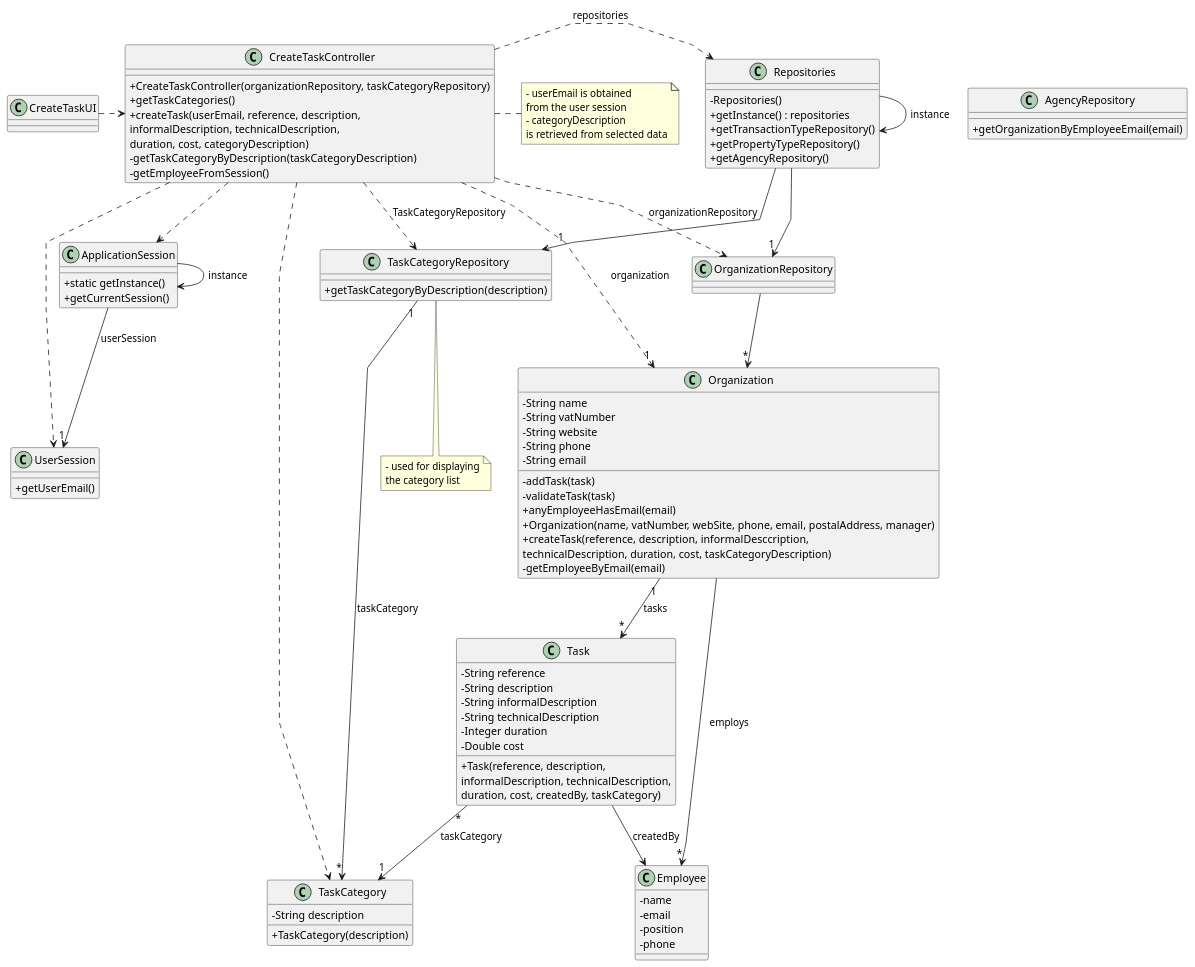
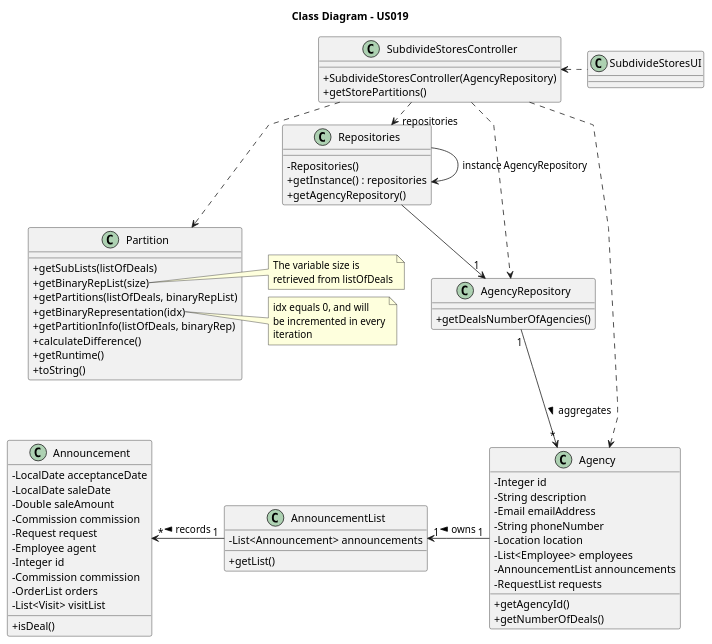
The diagram in docs/sprintD/us019/03.design/puml/us019-class-diagram.puml (rita-barbosa/LAPR2-2223), drawn with PlantUML before and after one commit. The commit also changed 1 other file, not shown here.

Commit message:
Class Diagram Update [US019] [Design]

```diff
--- a/docs/sprintD/us019/03.design/puml/us019-class-diagram.puml
+++ b/docs/sprintD/us019/03.design/puml/us019-class-diagram.puml
@@ -1,131 +1,122 @@
 @startuml
 'skinparam monochrome true
 skinparam packageStyle rectangle
 skinparam shadowing false
 skinparam linetype polyline
 'skinparam linetype orto
 
 skinparam classAttributeIconSize 0
 
 'left to right direction
 
-class ApplicationSession
-{
-    + static getInstance()
-    + getCurrentSession()
+title Class Diagram - US019
+
+class Agency {
+    - Integer id
+    - String description
+    - Email emailAddress
+    - String phoneNumber
+    - Location location
+    - List<Employee> employees
+    - AnnouncementList announcements
+    - RequestList requests
+    + getAgencyId()
+    + getNumberOfDeals()
 }
 
-class UserSession
-{
-    + getUserEmail()
+class AnnouncementList{
+    - List<Announcement> announcements
+    + getList()
 }
 
-class Employee {
-    - name
-    - email
-    - position
-    - phone
+
+class Announcement{
+    - LocalDate acceptanceDate
+    - LocalDate saleDate
+    - Double saleAmount
+    - Commission commission
+    - Request request
+    - Employee agent
+    - Integer id
+    - Commission commission
+    - OrderList orders
+    - List<Visit> visitList
+    + isDeal()
 }
 
-class Task {
-    - String reference
-    - String description
-    - String informalDescription
-    - String technicalDescription
-    - Integer duration
-    - Double cost
-
-    + Task(reference, description,\ninformalDescription, technicalDescription,\nduration, cost, createdBy, taskCategory)
+class Partition {
+    + getSubLists(listOfDeals)
+    + getBinaryRepList(size)
+    + getPartitions(listOfDeals, binaryRepList)
+    + getBinaryRepresentation(idx)
+    + getPartitionInfo(listOfDeals, binaryRep)
+    + calculateDifference()
+    + getRuntime()
+    + toString()
 }
 
-class TaskCategory {
-    - String description
+note right of Partition::getBinaryRepList
+The variable size is
+retrieved from listOfDeals
+end note
 
-    + TaskCategory(description)
-}
+note right of Partition::getBinaryRepresentation
+idx equals 0, and will
+be incremented in every
+iteration
+end note
 
-class Organization {
-    - String name
-    - String vatNumber
-    - String website
-    - String phone
-    - String email
+'class ListInteger << List<Integer> >>{
+'    + add(agencyId, deals)
+'}
 
-    - addTask(task)
-    - validateTask(task)
-    + anyEmployeeHasEmail(email)
-    + Organization(name, vatNumber, webSite, phone, email, postalAddress, manager)
-    + createTask(reference, description, informalDesccription,\ntechnicalDescription, duration, cost, taskCategoryDescription)
-    - getEmployeeByEmail(email)
-
-'  +saveTask(task)
-}
-
-class TaskCategoryRepository {
-    + getTaskCategoryByDescription(description)
-}
+'class ListString << List<String> >>{
+'    + add(sublistString)
+'}
 
 class AgencyRepository {
-    + getOrganizationByEmployeeEmail(email)
+    + getDealsNumberOfAgencies()
 }
 
 class Repositories {
     - Repositories()
     + getInstance() : repositories
-    + getTransactionTypeRepository()
-    + getPropertyTypeRepository()
     + getAgencyRepository()
 }
 
-class CreateTaskController {
-    + CreateTaskController(organizationRepository, taskCategoryRepository)
-    + getTaskCategories()
-    + createTask(userEmail, reference, description,\ninformalDescription, technicalDescription,\nduration, cost, categoryDescription)
-    - getTaskCategoryByDescription(taskCategoryDescription)
-    - getEmployeeFromSession()
+class SubdivideStoresController {
+    + SubdivideStoresController(AgencyRepository)
+    + getStorePartitions()
 }
 
-note right of CreateTaskController
-    - userEmail is obtained
-    from the user session
-    - categoryDescription
-    is retrieved from selected data
-end note
-
-note bottom of TaskCategoryRepository
-    - used for displaying
-    the category list
-end note
-
-class CreateTaskUI {
+class SubdivideStoresUI {
 }
 
 Repositories -> Repositories : instance
-ApplicationSession -> ApplicationSession : instance
 
-CreateTaskUI .> CreateTaskController
+SubdivideStoresUI .left> SubdivideStoresController
 
-CreateTaskController .> Repositories : repositories
+SubdivideStoresController .> Repositories : repositories
 
-Repositories -> "1" TaskCategoryRepository
+SubdivideStoresController .down.> Partition
 
-CreateTaskController ..> TaskCategory
-CreateTaskController ..> OrganizationRepository : organizationRepository
-CreateTaskController ..> TaskCategoryRepository : TaskCategoryRepository
+Repositories -> "1" AgencyRepository
 
-Repositories --> "1" OrganizationRepository
+SubdivideStoresController ..> Agency
+SubdivideStoresController ..> AgencyRepository : AgencyRepository
 
-OrganizationRepository --> "*" Organization
-ApplicationSession --> "1" UserSession : userSession
+AgencyRepository "1" --> "*" Agency : aggregates >
 
-CreateTaskController ..> "1" Organization : organization
-CreateTaskController ..> ApplicationSession
-CreateTaskController ..> UserSession
-Task "*" --> "1" TaskCategory : taskCategory
-TaskCategoryRepository "1" --> "*" TaskCategory : taskCategory
-Organization "1" --> "*" Task : tasks
-Task --> Employee : createdBy
+Agency "1" -left> "1" AnnouncementList : owns >
 
-Organization --> "*" Employee : employs
+AnnouncementList "1" -left> "*" Announcement: records >
+
+'AgencyRepository "1" -> "1" ListInteger : creates >
+
+'Partition "1" --> "1" ListString : creates >
+
+
+
+
 
 @enduml
```
